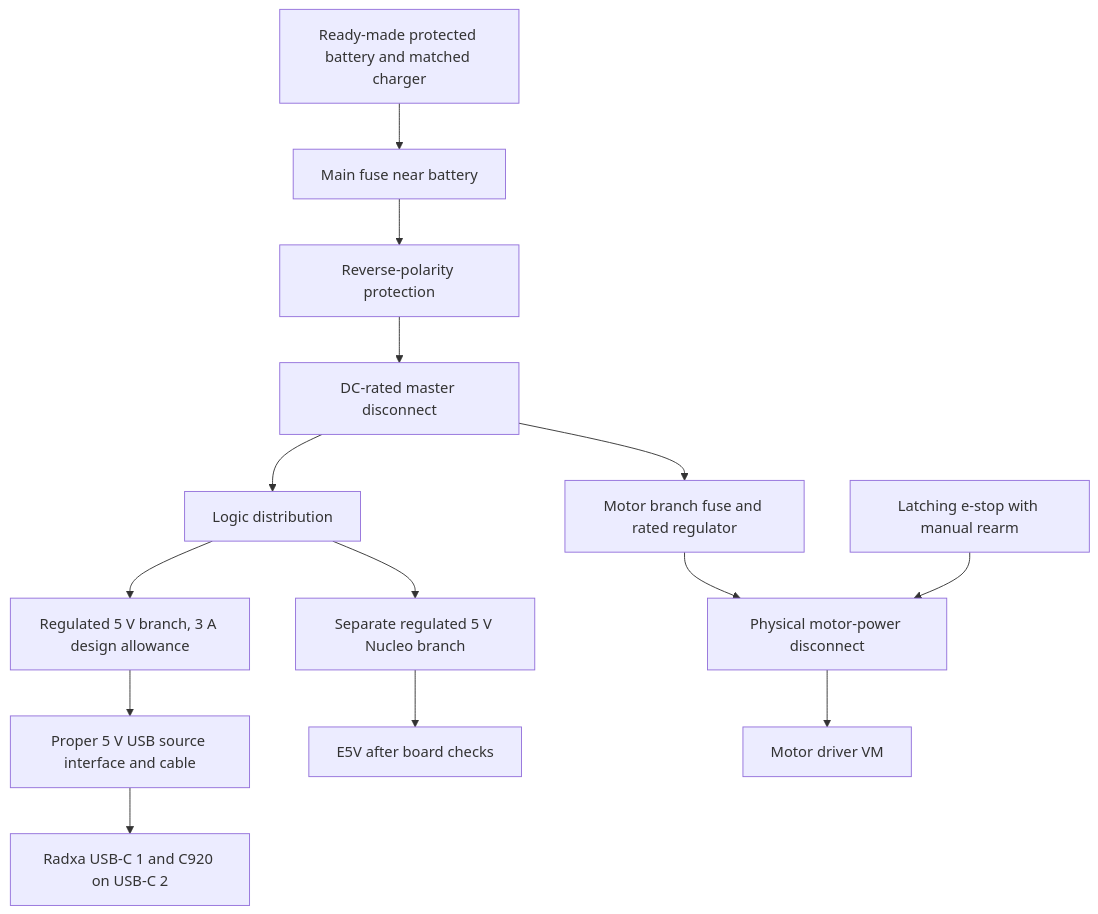
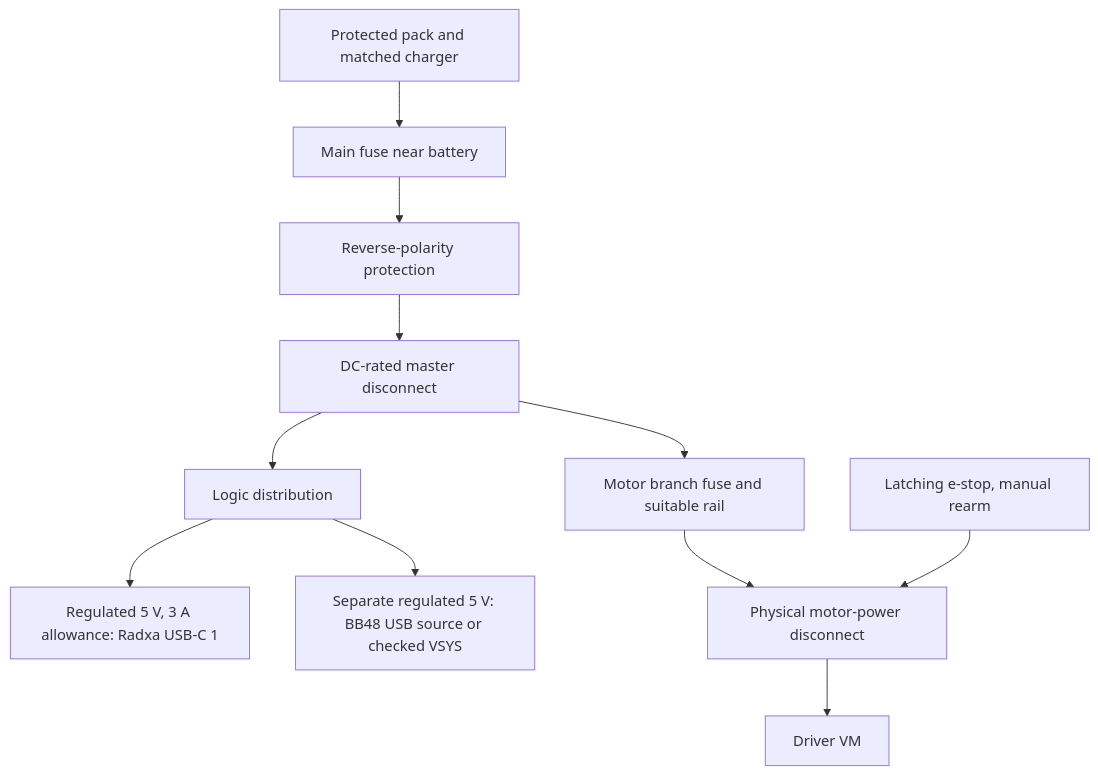
Before and after one commit to 50kfunded/gardening-data-rover: the diagram in docs/power_plan.md, drawn with Mermaid. The commit also changed other lines of this file and 19 other files, not shown here.

````diff
--- a/docs/power_plan.md
+++ b/docs/power_plan.md
@@ -360,16 +172,13 @@
 ```mermaid
 flowchart TD
-    B[Ready-made protected battery and matched charger] --> F[Main fuse near battery]
-    F --> R[Reverse-polarity protection]
-    R --> S[DC-rated master disconnect]
-    S --> L[Logic distribution]
-    L --> A[Regulated 5 V branch, 3 A design allowance]
-    A --> U[Proper 5 V USB source interface and cable]
-    U --> Z[Radxa USB-C 1 and C920 on USB-C 2]
-    L --> N[Separate regulated 5 V Nucleo branch]
-    N --> E[E5V after board checks]
-    S --> M[Motor branch fuse and rated regulator]
-    M --> C[Physical motor-power disconnect]
-    C --> D[Motor driver VM]
-    X[Latching e-stop with manual rearm] --> C
+    battery[Protected pack and matched charger] --> fuse[Main fuse near battery]
+    fuse --> reverse[Reverse-polarity protection]
+    reverse --> master[DC-rated master disconnect]
+    master --> logic[Logic distribution]
+    logic --> radxa[Regulated 5 V, 3 A allowance: Radxa USB-C 1]
+    logic --> controller[Separate regulated 5 V: BB48 USB source or checked VSYS]
+    master --> motor[Motor branch fuse and suitable rail]
+    motor --> cut[Physical motor-power disconnect]
+    cut --> driver[Driver VM]
+    stop[Latching e-stop, manual rearm] --> cut
 ```
````
